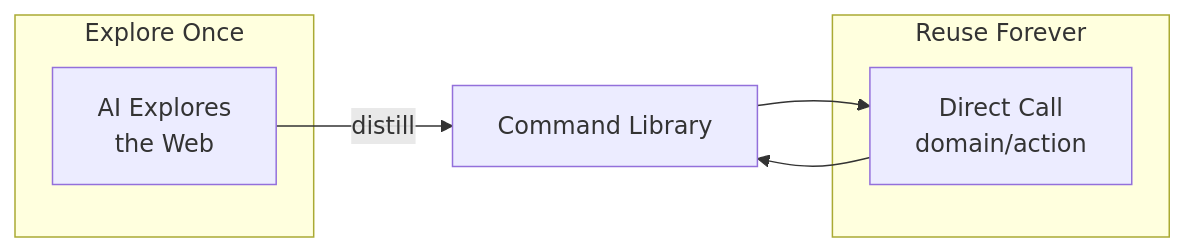
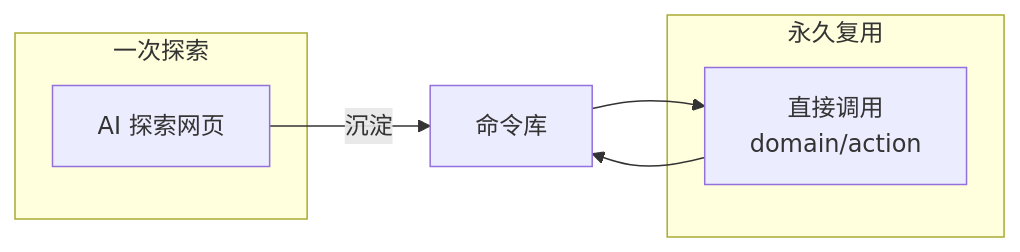
Before and after one commit to bqw1013/WebSculpt: the diagram in README.md, drawn with Mermaid. The commit also changed other lines of this file and 2 other files, not shown here.

````diff
--- a/README.md
+++ b/README.md
@@ -17,12 +17,12 @@
 ```mermaid
 flowchart LR
-    subgraph Explore["Explore Once"]
-        A[AI Explores<br/>the Web]
+    subgraph Explore["一次探索"]
+        A[AI 探索网页]
     end
-    subgraph Reuse["Reuse Forever"]
-        B[Direct Call<br/>domain/action]
+    subgraph Reuse["永久复用"]
+        B[直接调用<br/>domain/action]
     end
-    A -->|"distill"| C[Command Library]
+    A -->|"沉淀"| C[命令库]
     C --> B
     B --> C
 ```
````
